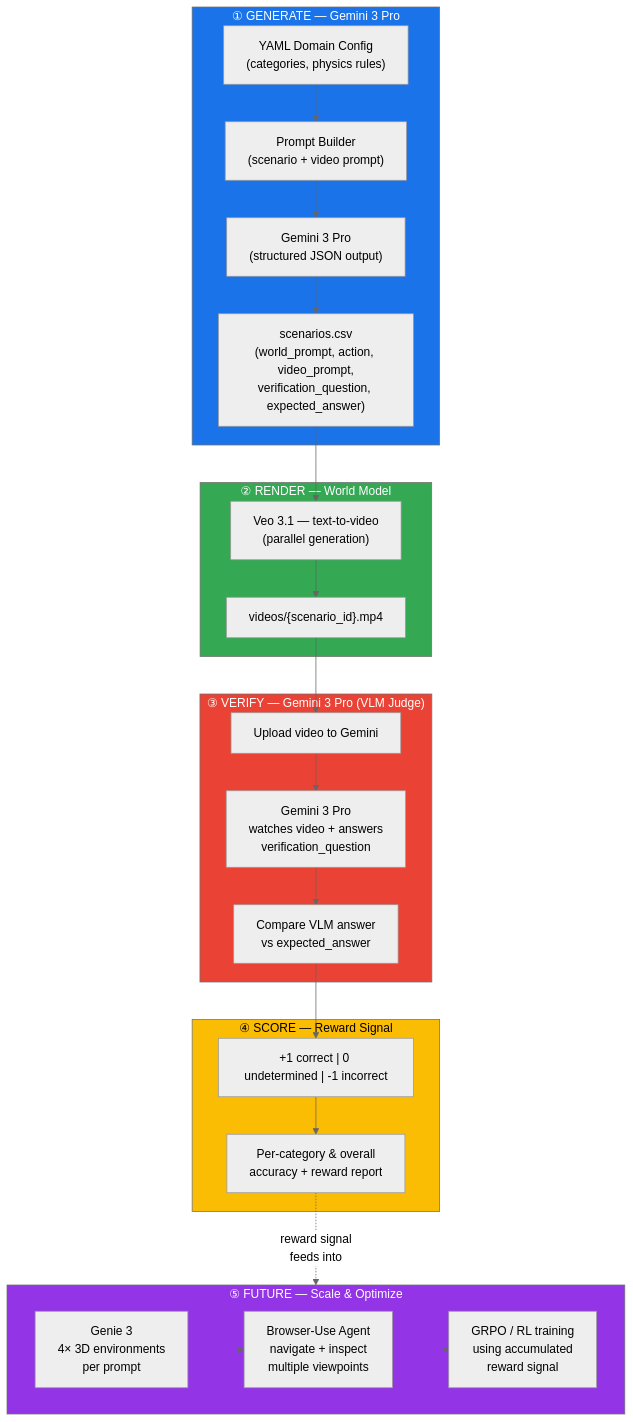
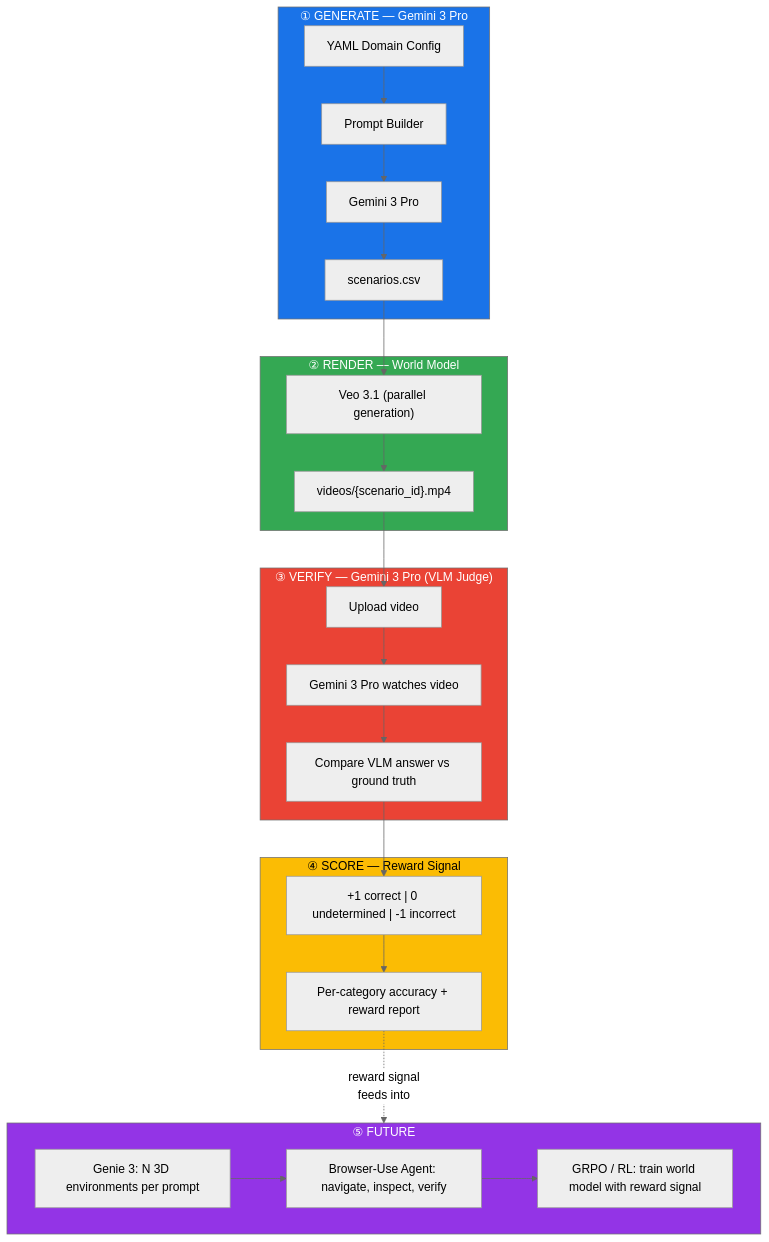
Before and after one commit to mrprokl/world-reward: the diagram in README.md, drawn with Mermaid (neutral theme).

Commit message:
chore: fix diagram format

````diff
--- a/README.md
+++ b/README.md
@@ -43,45 +43,45 @@
 ```mermaid
 flowchart TB
     subgraph GENERATE["① GENERATE — Gemini 3 Pro"]
-        YAML["YAML Domain Config\n(categories, physics rules)"]
-        PROMPT["Prompt Builder\n(scenario + video prompt)"]
-        GEMINI_GEN["Gemini 3 Pro\n(structured JSON output)"]
-        DATASET["scenarios.csv\n(world_prompt, action, video_prompt,\nverification_question, expected_answer)"]
+        YAML["YAML Domain Config"]
+        PROMPT["Prompt Builder"]
+        GEMINI_GEN["Gemini 3 Pro"]
+        DATASET["scenarios.csv"]
         YAML --> PROMPT --> GEMINI_GEN --> DATASET
     end
 
     subgraph RENDER["② RENDER — World Model"]
-        VEO["Veo 3.1 — text-to-video\n(parallel generation)"]
+        VEO["Veo 3.1 (parallel generation)"]
         VIDEOS["videos/{scenario_id}.mp4"]
         DATASET --> VEO --> VIDEOS
     end
 
     subgraph VERIFY["③ VERIFY — Gemini 3 Pro (VLM Judge)"]
-        UPLOAD["Upload video to Gemini"]
-        VLM["Gemini 3 Pro\nwatches video + answers\nverification_question"]
-        COMPARE["Compare VLM answer\nvs expected_answer"]
+        UPLOAD["Upload video"]
+        VLM["Gemini 3 Pro watches video"]
+        COMPARE["Compare VLM answer vs ground truth"]
         VIDEOS --> UPLOAD --> VLM --> COMPARE
     end
 
     subgraph SCORE["④ SCORE — Reward Signal"]
         REWARD["+1 correct | 0 undetermined | -1 incorrect"]
-        REPORT["Per-category & overall\naccuracy + reward report"]
+        REPORT["Per-category accuracy + reward report"]
         COMPARE --> REWARD --> REPORT
     end
 
-    subgraph FUTURE["⑤ FUTURE — Scale & Optimize"]
+    subgraph FUTURE["⑤ FUTURE"]
         direction LR
-        GENIE["Genie 3\n4× 3D environments\nper prompt"]
-        BROWSER["Browser-Use Agent\nnavigate + inspect\nmultiple viewpoints"]
-        RL["GRPO / RL training\nusing accumulated\nreward signal"]
+        GENIE["Genie 3: N 3D environments per prompt"]
+        BROWSER["Browser-Use Agent: navigate, inspect, verify"]
+        RL["GRPO / RL: train world model with reward signal"]
         GENIE --> BROWSER --> RL
     end
 
     REPORT -.->|"reward signal\nfeeds into"| FUTURE
 
     style GENERATE fill:#1a73e8,color:#fff
     style RENDER fill:#34a853,color:#fff
     style VERIFY fill:#ea4335,color:#fff
     style SCORE fill:#fbbc04,color:#000
     style FUTURE fill:#9334e6,color:#fff
 ```
````
